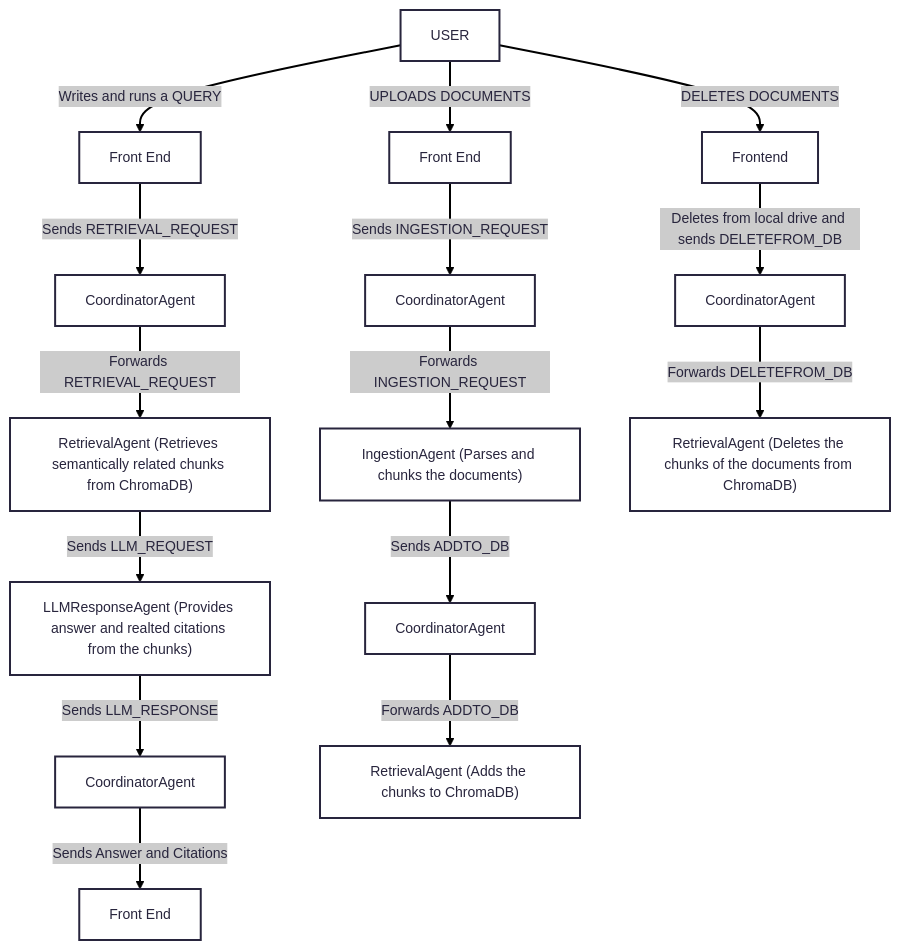
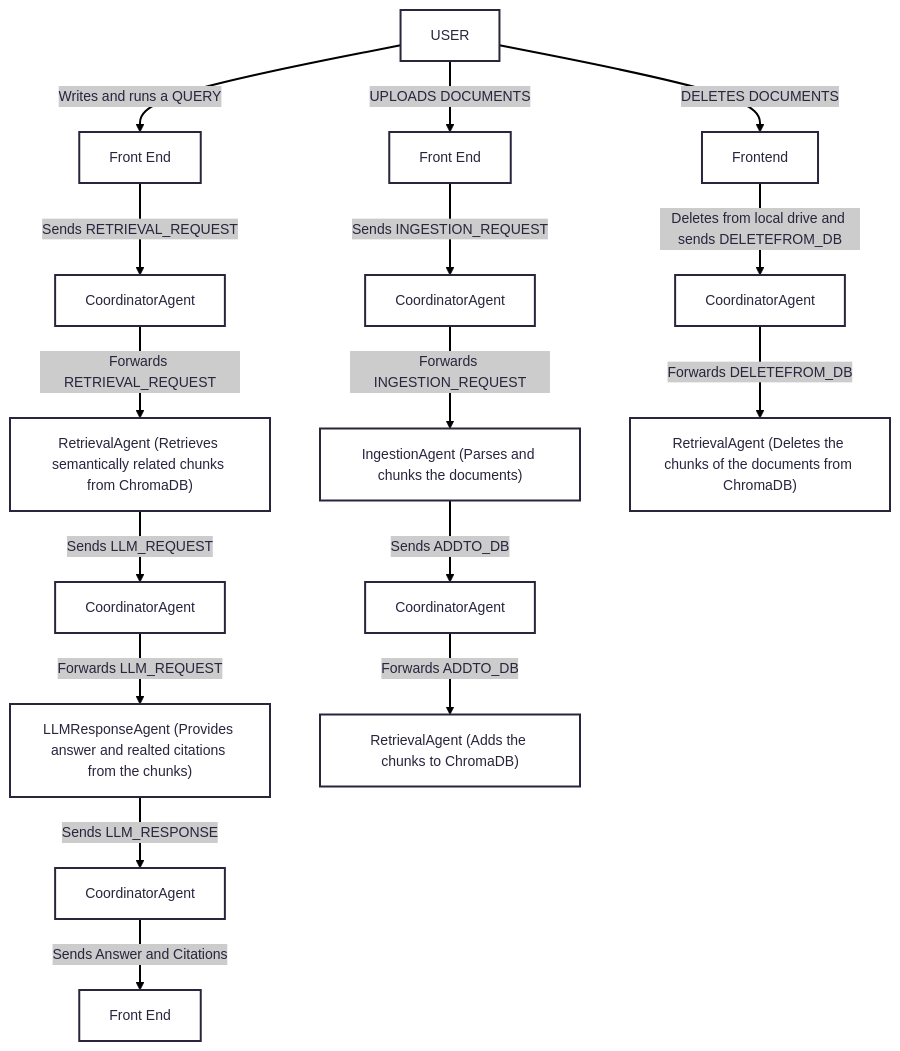
Before and after one commit to newblathe/SLRIS_CODING_TASK: the diagram in README.MD, drawn with Mermaid. The commit also changed 2 other files, not shown here.

Commit message:
Updated agents and readme,md

````diff
--- a/README.MD
+++ b/README.MD
@@ -31,25 +31,26 @@
 ```mermaid
 ---
 config:
   theme: redux
 ---
 flowchart TD
     n1["USER"] -- UPLOADS DOCUMENTS --> n2["Front End"]
     n2 -- Sends INGESTION_REQUEST --> n3["CoordinatorAgent"]
     n3 -- Forwards INGESTION_REQUEST --> n4["IngestionAgent (Parses and chunks the documents)"]
     n1 -- Writes and runs a QUERY --> n7["Front End"]
     n7 -- Sends RETRIEVAL_REQUEST --> n8["CoordinatorAgent"]
     n8 -- Forwards RETRIEVAL_REQUEST --> n9["RetrievalAgent (Retrieves semantically related chunks from ChromaDB)"]
-    n9 -- Sends LLM_REQUEST --> n10["LLMResponseAgent (Provides answer and realted citations from the chunks)"]
-    n10 -- Sends LLM_RESPONSE --> n11["CoordinatorAgent"]
+    n10["LLMResponseAgent (Provides answer and realted citations from the chunks)"] -- Sends LLM_RESPONSE --> n11["CoordinatorAgent"]
     n11 -- Sends Answer and Citations --> n12["Front End"]
     n1 -- DELETES DOCUMENTS --> n13["Frontend"]
     n13 -- Deletes from local drive and sends DELETEFROM_DB --> n14["CoordinatorAgent"]
     n14 -- Forwards DELETEFROM_DB --> n15["RetrievalAgent (Deletes the chunks of the documents from ChromaDB)"]
     n4 -- "<span style=color:>Sends ADDTO_DB</span>" --> n16["CoordinatorAgent"]
     n16 -- "<span style=color:>Forwards ADDTO_DB</span>" --> n5["RetrievalAgent (Adds the chunks to ChromaDB)"]
+    n9 -- "<span style=color:>Sends LLM_REQUEST</span>" --> n17["CoordinatorAgent"]
+    n17 -- Forwards LLM_REQUEST --> n10
     n1@{ shape: rect}
     n14@{ shape: rect}
     n16@{ shape: rect}
 
 ```
````
